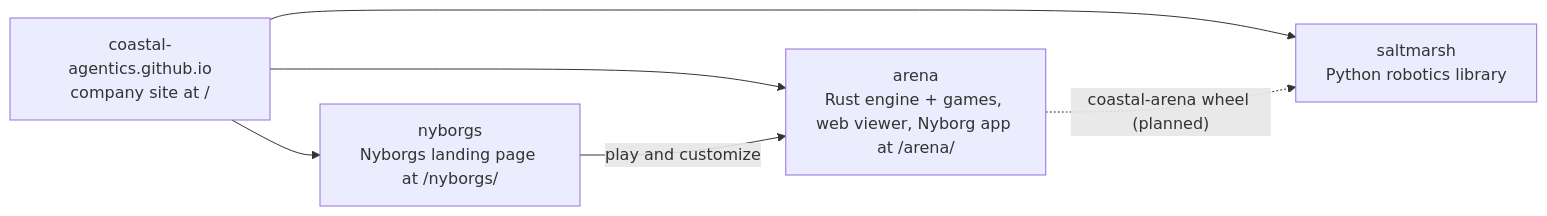
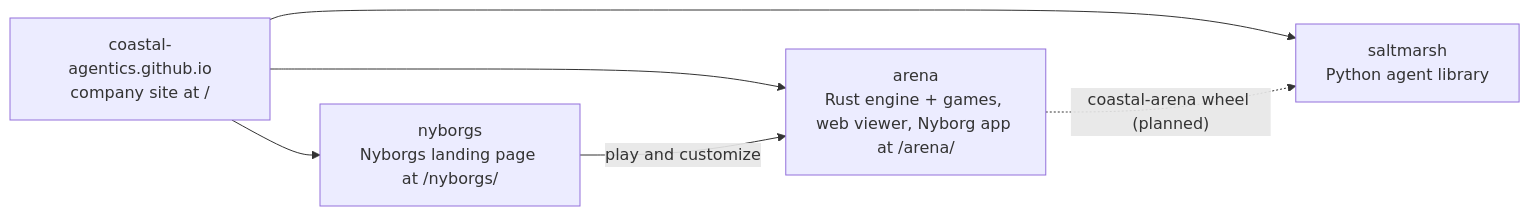
Before and after one commit to Coastal-Agentics/nyborgs: the diagram in README.md, drawn with Mermaid. The commit also changed other lines of this file, not shown here.

First line of the commit message:
README: repo map without robotics language

````diff
--- a/README.md
+++ b/README.md
@@ -20,12 +20,12 @@
 ```mermaid
 flowchart LR
     site["coastal-agentics.github.io<br/>company site at /"]
     nyborgs["nyborgs<br/>Nyborgs landing page at /nyborgs/"]
     arena["arena<br/>Rust engine + games, web viewer, Nyborg app at /arena/"]
-    saltmarsh["saltmarsh<br/>Python robotics library"]
+    saltmarsh["saltmarsh<br/>Python agent library"]
     site --> nyborgs
     site --> arena
     site --> saltmarsh
     nyborgs -- "play and customize" --> arena
     arena -. "coastal-arena wheel (planned)" .-> saltmarsh
 ```
````
